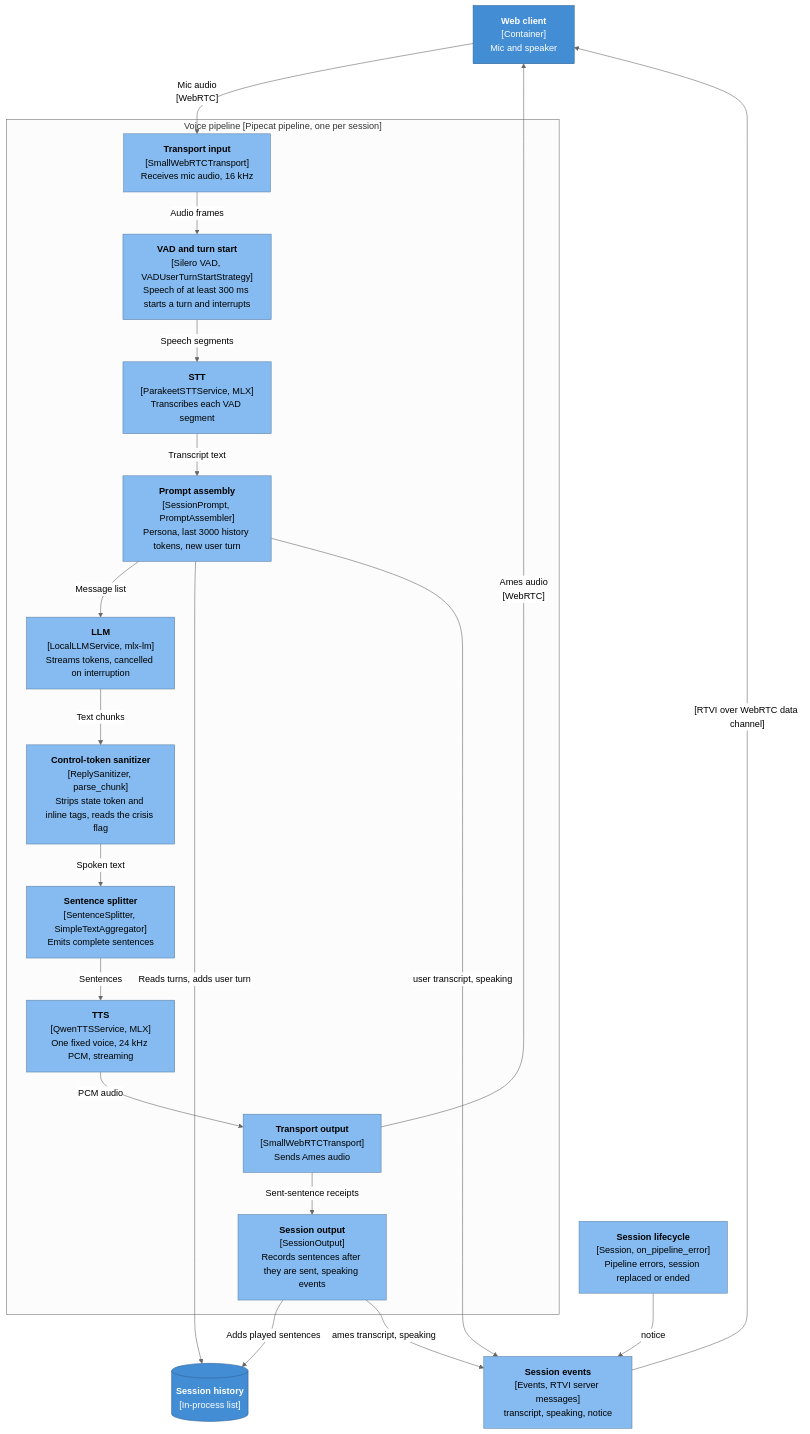
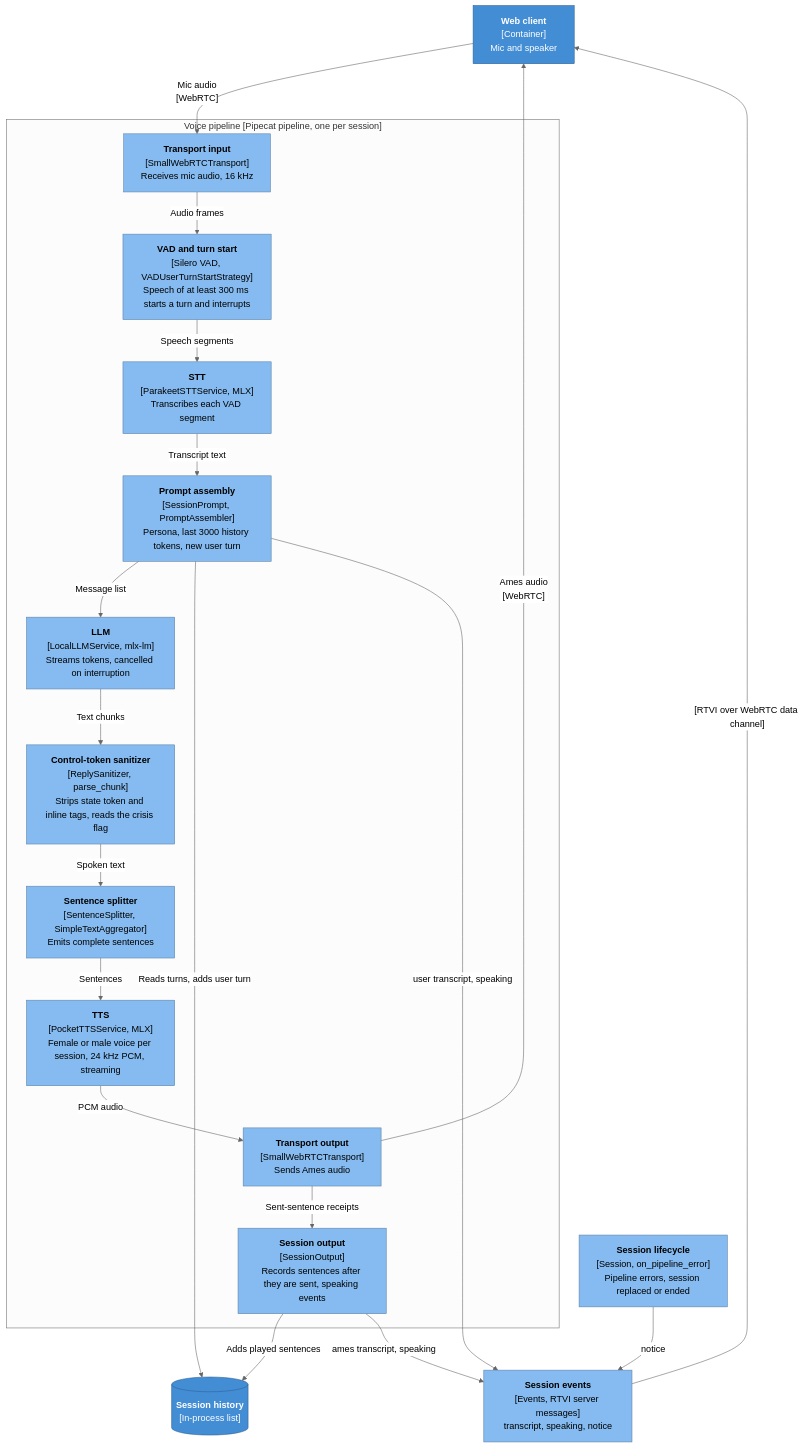
The diagram in docs/architecture/c4-components-voice-pipeline.md (AnirudhDesai777/ames), drawn with Mermaid (neutral theme) before and after one commit. The commit also changed 23 other files, not shown here.

First line of the commit message:
feat: replace Qwen TTS with Pocket TTS and add a female and male voice toggle (#113)

````diff
--- a/docs/architecture/c4-components-voice-pipeline.md
+++ b/docs/architecture/c4-components-voice-pipeline.md
@@ -9,45 +9,45 @@
 ```mermaid
 flowchart TB
     browser["<b>Web client</b><br/>[Container]<br/>Mic and speaker"]
 
     subgraph pipe["Voice pipeline [Pipecat pipeline, one per session]"]
         tin["<b>Transport input</b><br/>[SmallWebRTCTransport]<br/>Receives mic audio, 16 kHz"]
         vad["<b>VAD and turn start</b><br/>[Silero VAD, VADUserTurnStartStrategy]<br/>Speech of at least 300 ms starts a turn and interrupts"]
         stt["<b>STT</b><br/>[ParakeetSTTService, MLX]<br/>Transcribes each VAD segment"]
         prompt["<b>Prompt assembly</b><br/>[SessionPrompt, PromptAssembler]<br/>Persona, last 3000 history tokens, new user turn"]
         llm["<b>LLM</b><br/>[LocalLLMService, mlx-lm]<br/>Streams tokens, cancelled on interruption"]
         san["<b>Control-token sanitizer</b><br/>[ReplySanitizer, parse_chunk]<br/>Strips state token and inline tags, reads the crisis flag"]
         split["<b>Sentence splitter</b><br/>[SentenceSplitter, SimpleTextAggregator]<br/>Emits complete sentences"]
-        tts["<b>TTS</b><br/>[QwenTTSService, MLX]<br/>One fixed voice, 24 kHz PCM, streaming"]
+        tts["<b>TTS</b><br/>[PocketTTSService, MLX]<br/>Female or male voice per session, 24 kHz PCM, streaming"]
         tout["<b>Transport output</b><br/>[SmallWebRTCTransport]<br/>Sends Ames audio"]
         rec["<b>Session output</b><br/>[SessionOutput]<br/>Records sentences after they are sent, speaking events"]
     end
 
     events["<b>Session events</b><br/>[Events, RTVI server messages]<br/>transcript, speaking, notice"]
     hist[("<b>Session history</b><br/>[In-process list]")]
 
     browser -->|"Mic audio<br/>[WebRTC]"| tin
     tin -->|"Audio frames"| vad
     vad -->|"Speech segments"| stt
     stt -->|"Transcript text"| prompt
     prompt -->|"Message list"| llm
     llm -->|"Text chunks"| san
     san -->|"Spoken text"| split
     split -->|"Sentences"| tts
     tts -->|"PCM audio"| tout
     tout -->|"Ames audio<br/>[WebRTC]"| browser
     tout -->|"Sent-sentence receipts"| rec
 
     prompt -->|"Reads turns, adds user turn"| hist
     rec -->|"Adds played sentences"| hist
     prompt -->|"user transcript, speaking"| events
     life["<b>Session lifecycle</b><br/>[Session, on_pipeline_error]<br/>Pipeline errors, session replaced or ended"]
     life -->|"notice"| events
     rec -->|"ames transcript, speaking"| events
     events -->|"[RTVI over WebRTC data channel]"| browser
 
     classDef comp fill:#85bbf0,stroke:#5d82a8,color:#000000
     classDef ext fill:#438dd5,stroke:#2e6295,color:#ffffff
     class tin,vad,stt,prompt,llm,san,split,tts,tout,rec,events,life comp
     class browser,hist ext
 ```
````
